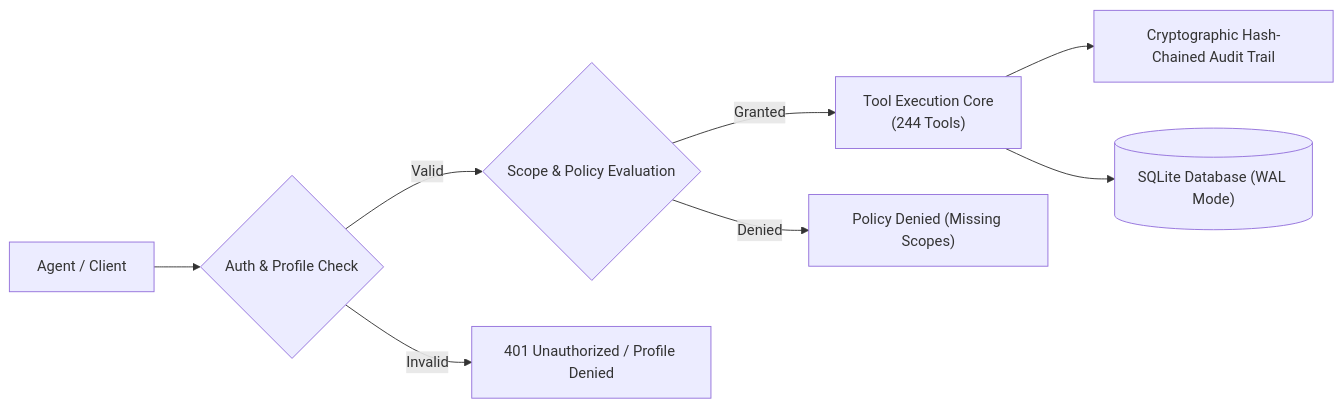
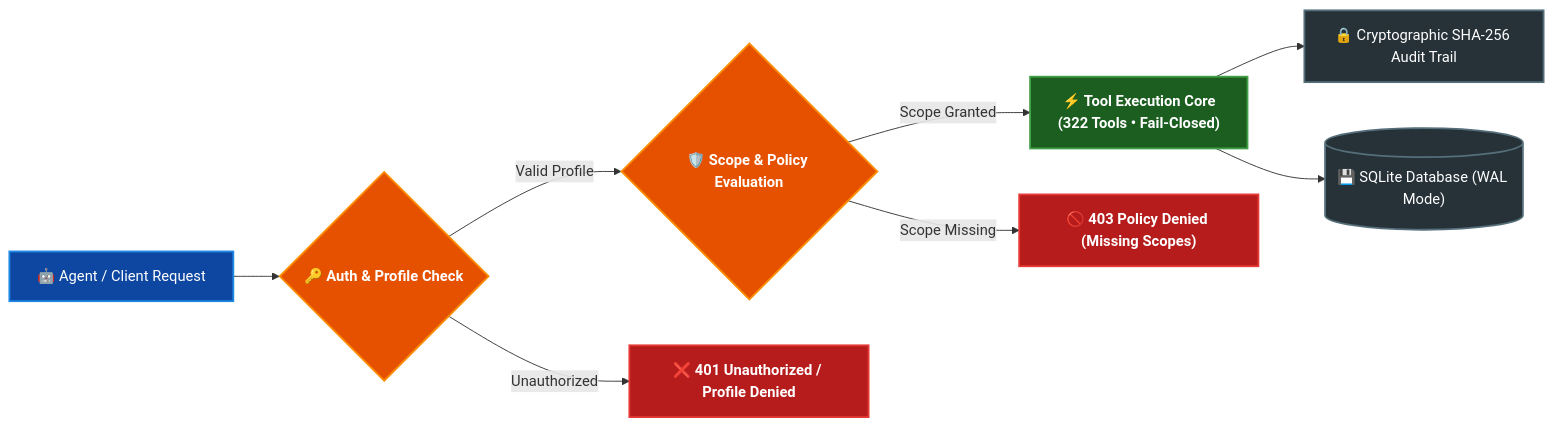
Before and after one commit to cingxcong/RAA: the diagram in docs/SECURITY.md, drawn with Mermaid. The commit also changed other lines of this file and 135 other files, not shown here.

Commit message:
feat(v3.0.0): finalize RAA v3.0.0 production release and v4.0.0 master roadmap

````diff
--- a/docs/SECURITY.md
+++ b/docs/SECURITY.md
@@ -25,10 +25,16 @@
 ```mermaid
 flowchart LR
-    Caller["Agent / Client"] --> Auth{"Auth & Profile Check"}
-    Auth -->|Valid| Policy{"Scope & Policy Evaluation"}
-    Auth -->|Invalid| Deny401["401 Unauthorized / Profile Denied"]
-    Policy -->|Granted| Executor["Tool Execution Core\n(244 Tools)"]
-    Policy -->|Denied| Deny403["Policy Denied (Missing Scopes)"]
-    Executor --> Audit["Cryptographic Hash-Chained Audit Trail"]
-    Executor --> DB[("SQLite Database (WAL Mode)")]
+    classDef caller fill:#0D47A1,stroke:#1E88E5,stroke-width:2px,color:#FFFFFF;
+    classDef gate fill:#E65100,stroke:#FB8C00,stroke-width:2px,color:#FFFFFF,font-weight:bold;
+    classDef deny fill:#B71C1C,stroke:#E53935,stroke-width:2px,color:#FFFFFF,font-weight:bold;
+    classDef exec fill:#1B5E20,stroke:#43A047,stroke-width:2px,color:#FFFFFF,font-weight:bold;
+    classDef audit fill:#263238,stroke:#546E7A,stroke-width:2px,color:#FFFFFF;
+
+    Caller["🤖 Agent / Client Request"]:::caller --> Auth{"🔑 Auth & Profile Check"}:::gate
+    Auth -->|Valid Profile| Policy{"🛡️ Scope & Policy Evaluation"}:::gate
+    Auth -->|Unauthorized| Deny401["❌ 401 Unauthorized / Profile Denied"]:::deny
+    Policy -->|Scope Granted| Executor["⚡ Tool Execution Core<br/>(322 Tools • Fail-Closed)"]:::exec
+    Policy -->|Scope Missing| Deny403["🚫 403 Policy Denied (Missing Scopes)"]:::deny
+    Executor --> Audit["🔒 Cryptographic SHA-256 Audit Trail"]:::audit
+    Executor --> DB[("💾 SQLite Database (WAL Mode)")]:::audit
 ```
````
